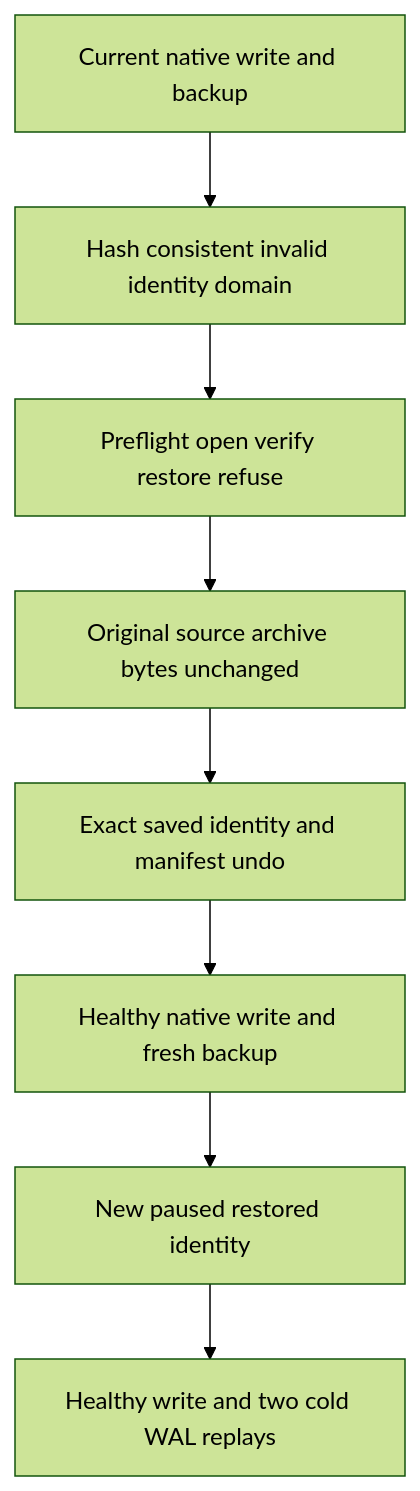
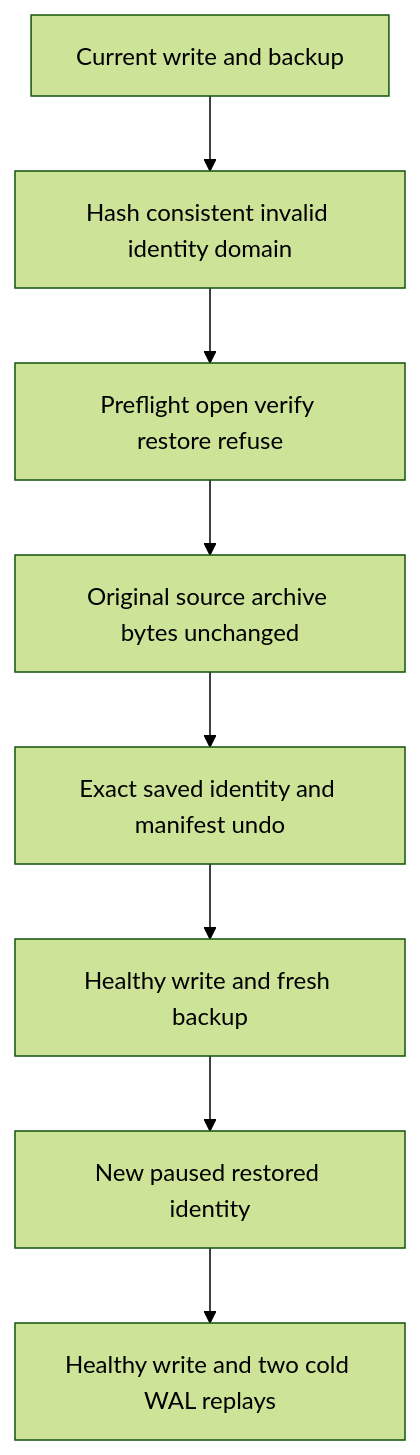
Before and after one commit to managedcode/KeyLoad: the diagram in docs/Features/StorageRecovery/IdentityAuthorityAdmission.md, drawn with Mermaid (forest theme). The commit also changed other lines of this file and 9016 other files, not shown here.

````diff
--- a/docs/Features/StorageRecovery/IdentityAuthorityAdmission.md
+++ b/docs/Features/StorageRecovery/IdentityAuthorityAdmission.md
@@ -29,10 +29,10 @@
 ```mermaid
 flowchart TD
- Seed[Current native write and backup] --> Fault[Hash consistent invalid identity domain]
+ Seed[Current write and backup] --> Fault[Hash consistent invalid identity domain]
  Fault --> Reject[Preflight open verify restore refuse]
  Reject --> Bytes[Original source archive bytes unchanged]
  Bytes --> Undo[Exact saved identity and manifest undo]
- Undo --> Write[Healthy native write and fresh backup]
+ Undo --> Write[Healthy write and fresh backup]
  Write --> Restore[New paused restored identity]
  Restore --> Cold[Healthy write and two cold WAL replays]
 ```
````
